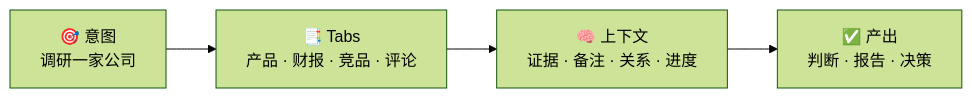
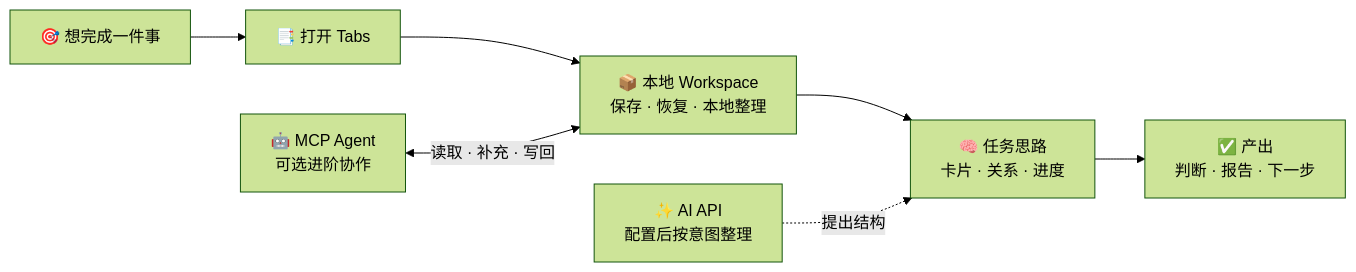
The diagram in README.md (KaichenCurry/TabNexus), drawn with Mermaid (forest theme) before and after one commit. The commit also changed other lines of this file and 2 other files, not shown here.

Commit message:
Strengthen README task-context narrative (#17)

```diff
--- a/README.md
+++ b/README.md
@@ -37,6 +60,9 @@
 ~~~mermaid
 flowchart LR
-    Intent["🎯 意图<br/>调研一家公司"] --> Tabs["📑 Tabs<br/>产品 · 财报 · 竞品 · 评论"]
-    Tabs --> Context["🧠 上下文<br/>证据 · 备注 · 关系 · 进度"]
-    Context --> Output["✅ 产出<br/>判断 · 报告 · 决策"]
+    Intent["🎯 想完成一件事"] --> Tabs["📑 打开 Tabs"]
+    Tabs --> Workspace["📦 本地 Workspace<br/>保存 · 恢复 · 本地整理"]
+    Workspace --> Thinking["🧠 任务思路<br/>卡片 · 关系 · 进度"]
+    Thinking --> Output["✅ 产出<br/>判断 · 报告 · 下一步"]
+    API["✨ AI API<br/>配置后按意图整理"] -. "提出结构" .-> Thinking
+    Agent["🤖 MCP Agent<br/>可选进阶协作"] <-->|读取 · 补充 · 写回| Workspace
 ~~~
```
